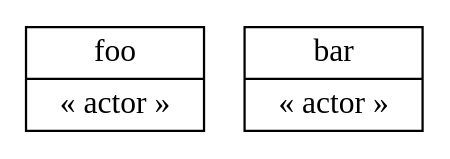
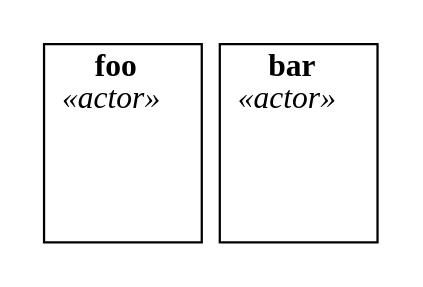
Before and after one commit to ryepup/c4-lab: the diagram in src/exporter/two-actors.dot, drawn with Graphviz. The commit also changed 7 other files, not shown here.

```diff
--- a/src/exporter/two-actors.dot
+++ b/src/exporter/two-actors.dot
@@ -1,4 +1,11 @@
 digraph g {
-  g0 [shape=record label="{foo | &#171; actor &#187; }"]
-  g1 [shape=record label="{bar | &#171; actor &#187; }"]
+  compound=true
+  subgraph cluster0 {
+    label=<<B>foo</B><BR/><I>&#171;actor&#187;</I>>
+    g0 [shape=plaintext label=""]
+  }
+  subgraph cluster1 {
+    label=<<B>bar</B><BR/><I>&#171;actor&#187;</I>>
+    g1 [shape=plaintext label=""]
+  }
 }
```
